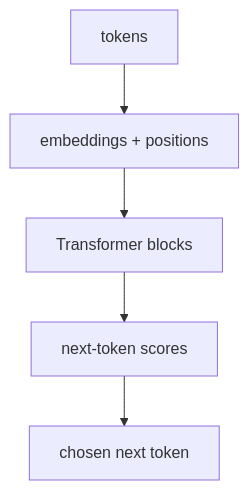
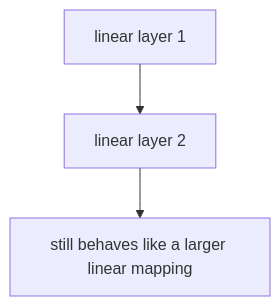
Before and after one commit to devchan64/AiBook: the first of 2 diagrams in docs/parts/part-05/chapter-03/section-01.md, drawn with Mermaid. The commit also changed other lines of this file and 213 other files, not shown here.

````diff
--- a/docs/parts/part-05/chapter-03/section-01.md
+++ b/docs/parts/part-05/chapter-03/section-01.md
@@ -155,13 +86,9 @@
 ```mermaid
 flowchart TD
-  A["tokens"]
-  B["embeddings + positions"]
-  C["Transformer blocks"]
-  D["next-token scores"]
-  E["chosen next token"]
+  A["linear layer 1"]
+  B["linear layer 2"]
+  C["still behaves like a larger linear mapping"]
 
   A --> B
   B --> C
-  C --> D
-  D --> E
 ```
````
